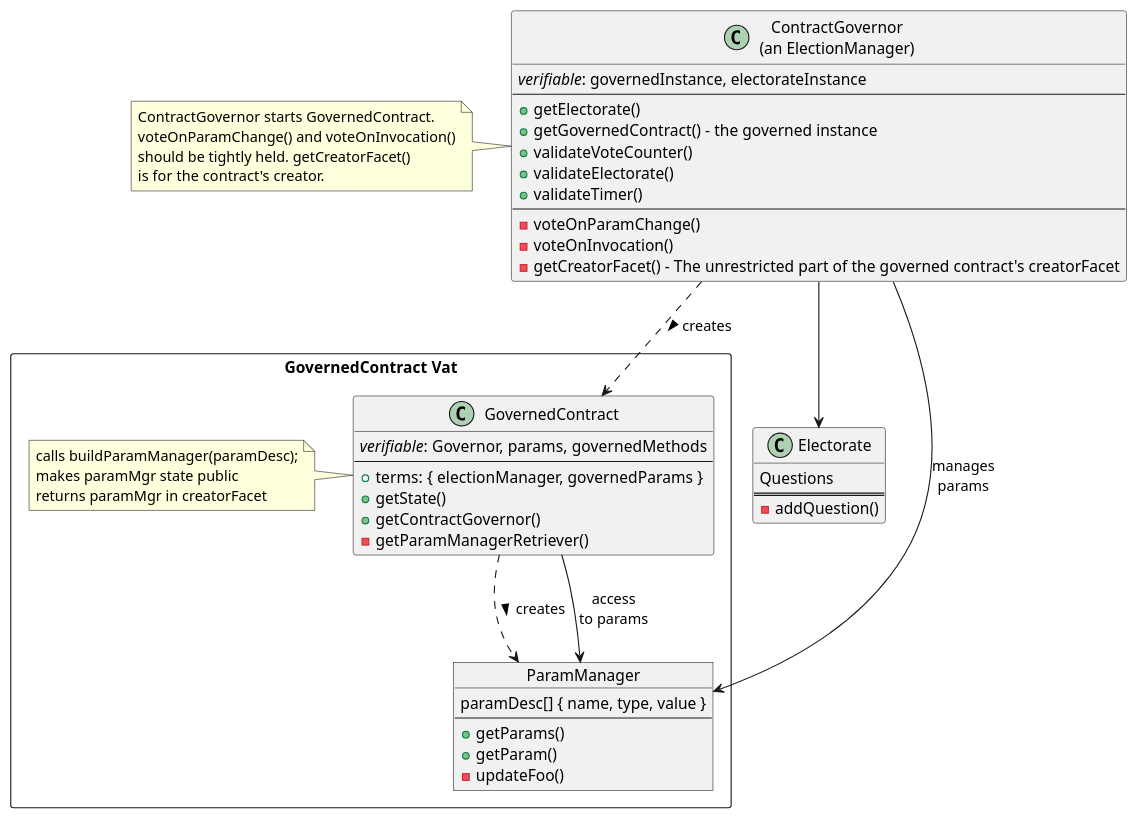
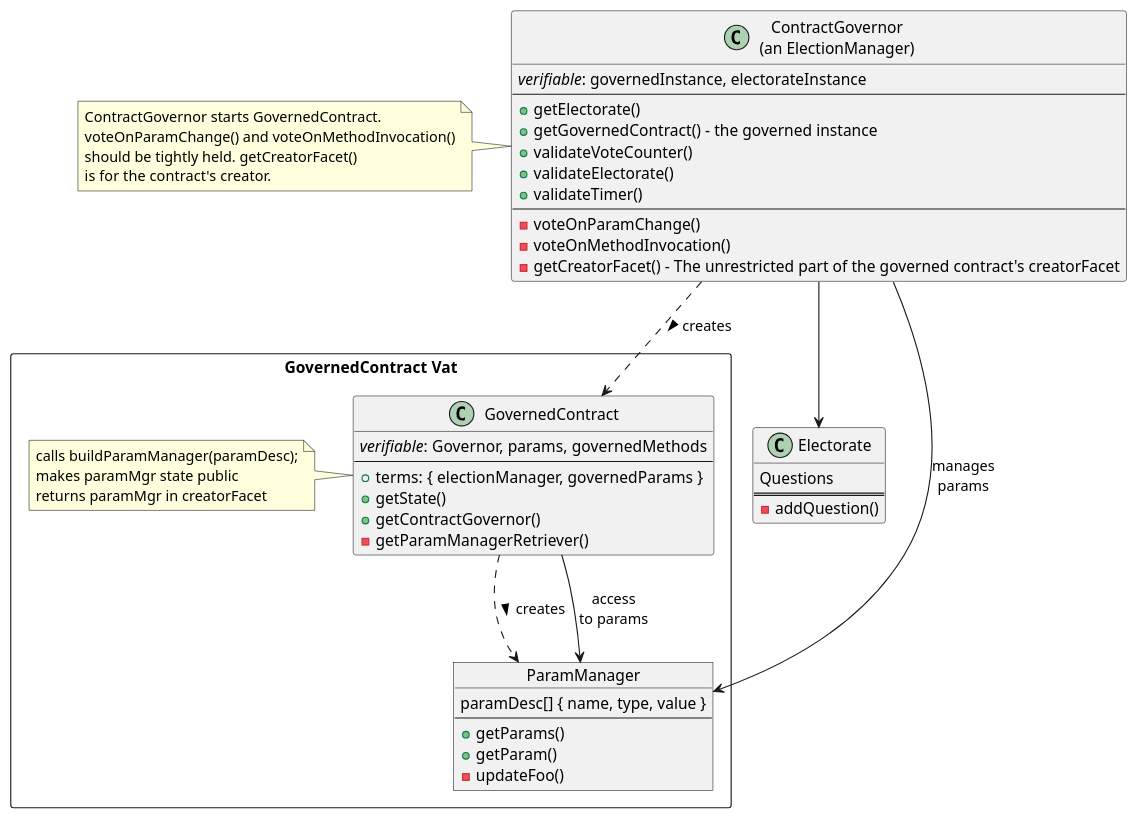
Before and after one commit to Agoric/agoric-sdk: the diagram in packages/governance/docs/contractGovernance.puml, drawn with PlantUML. The commit also changed 6 other files, not shown here.

Commit message:
s/OnInvocation/OnMethodInvocation

```diff
--- a/packages/governance/docs/contractGovernance.puml
+++ b/packages/governance/docs/contractGovernance.puml
@@ -1,50 +1,50 @@
 @startuml contractGovernance
 
 package "GovernedContract Vat" <<Rectangle>>  {
     Object ParamManager {
         paramDesc[] { name, type, value }
         --
         +getParams()
         +getParam()
         -updateFoo()
     }
 
     class GovernedContract {
         <i>verifiable</i>: Governor, params, governedMethods
         --
         +terms: { electionManager, governedParams }
         +getState()
         +getContractGovernor()
         -getParamManagerRetriever()
     }
     note  left : calls buildParamManager(paramDesc);\nmakes paramMgr state public\nreturns paramMgr in creatorFacet
 }
 
 class "ContractGovernor\n(an ElectionManager)" as ContractGovernor {
     <i>verifiable</i>: governedInstance, electorateInstance
     --
     +getElectorate()
     +getGovernedContract() - the governed instance
     +validateVoteCounter()
     +validateElectorate()
     +validateTimer()
     --
     -voteOnParamChange()
-    -voteOnInvocation()
+    -voteOnMethodInvocation()
     -getCreatorFacet() - The unrestricted part of the governed contract's creatorFacet
 }
-note left : ContractGovernor starts GovernedContract.\nvoteOnParamChange() and voteOnInvocation()\nshould be tightly held. getCreatorFacet()\nis for the contract's creator.
+note left : ContractGovernor starts GovernedContract.\nvoteOnParamChange() and voteOnMethodInvocation()\nshould be tightly held. getCreatorFacet()\nis for the contract's creator.
 
 class Electorate {
     Questions
     ===
     -addQuestion()
 }
 
 GovernedContract ..> ParamManager : creates >
 GovernedContract --> ParamManager : access\nto params
 ContractGovernor ..> GovernedContract : creates >
 ContractGovernor --> Electorate
 ContractGovernor ==> ParamManager : manages\nparams
 
 @enduml
```
